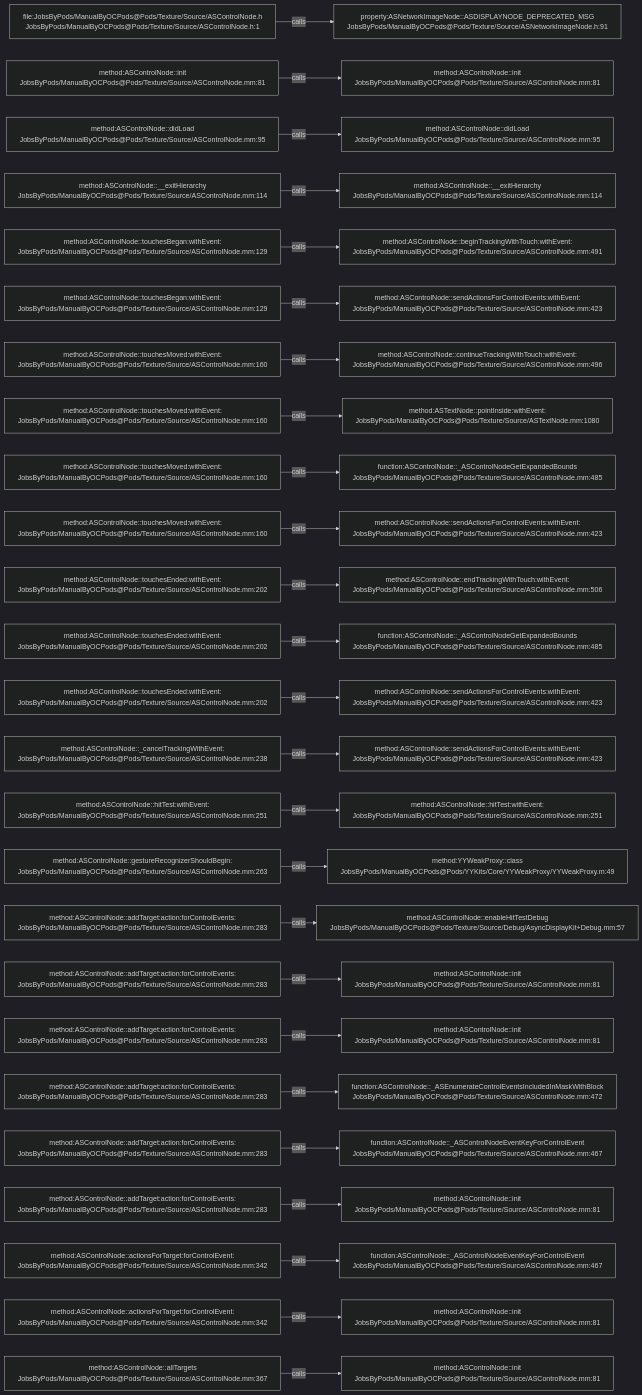
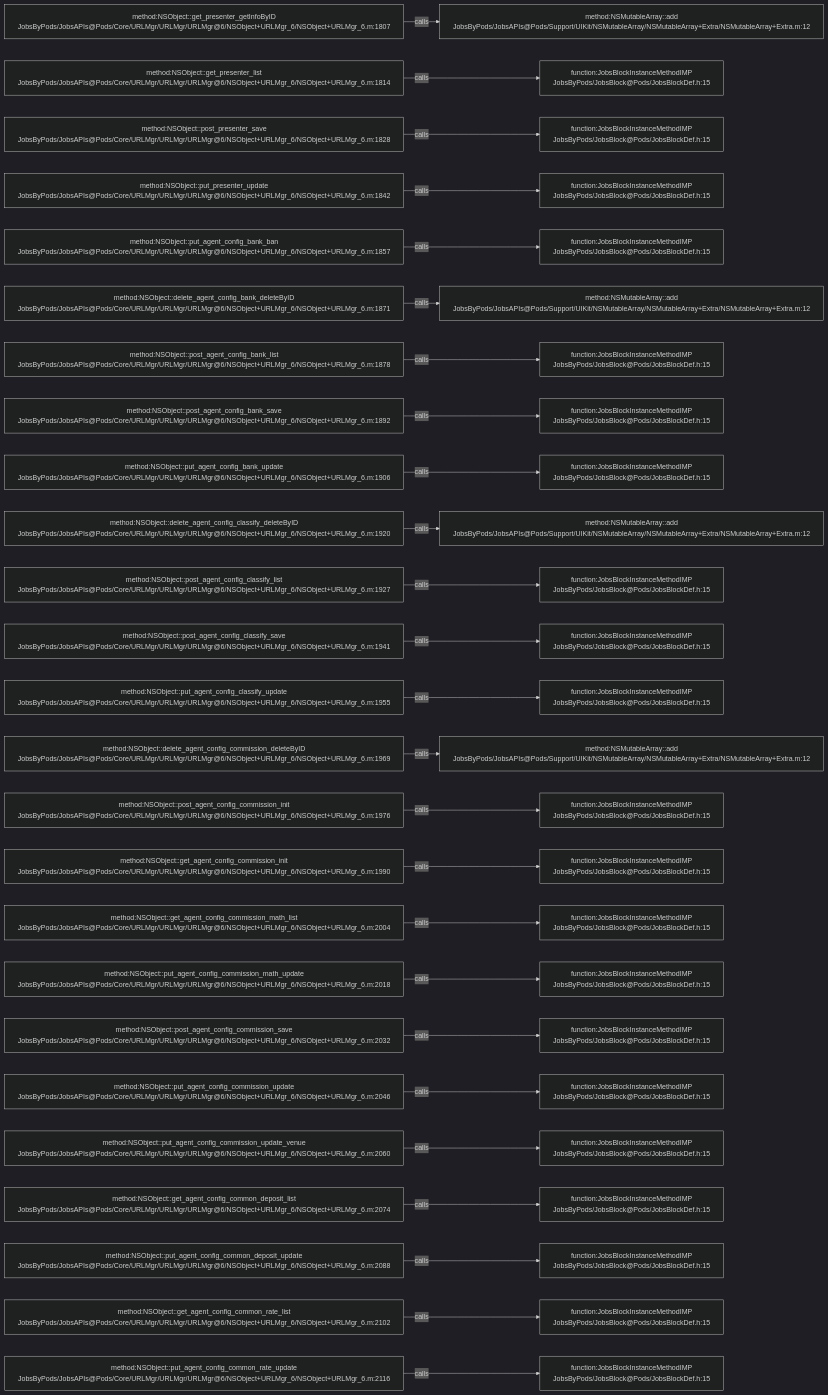
Before and after one commit to JobsKits/JobsOCBaseConfigDemo: the diagram in .codegraph/codegraph.md/graphs/calls-072.md, drawn with Mermaid (dark theme). The commit also changed 768 other files, not shown here.

````diff
--- a/.codegraph/codegraph.md/graphs/calls-072.md
+++ b/.codegraph/codegraph.md/graphs/calls-072.md
@@ -13,78 +13,78 @@
 ```mermaid
 flowchart LR
-  S1["file:JobsByPods/ManualByOCPods@Pods/Texture/Source/ASControlNode.h<br/>JobsByPods/ManualByOCPods@Pods/Texture/Source/ASControlNode.h:1"]
-  T1["property:ASNetworkImageNode::ASDISPLAYNODE_DEPRECATED_MSG<br/>JobsByPods/ManualByOCPods@Pods/Texture/Source/ASNetworkImageNode.h:91"]
+  S1["method:NSObject::get_presenter_getInfoByID<br/>JobsByPods/JobsAPIs@Pods/Core/URLMgr/URLMgr/URLMgr@6/NSObject+URLMgr_6/NSObject+URLMgr_6.m:1807"]
+  T1["method:NSMutableArray::add<br/>JobsByPods/JobsAPIs@Pods/Support/UIKit/NSMutableArray/NSMutableArray+Extra/NSMutableArray+Extra.m:12"]
   S1 -->|calls| T1
-  S2["method:ASControlNode::init<br/>JobsByPods/ManualByOCPods@Pods/Texture/Source/ASControlNode.mm:81"]
-  T2["method:ASControlNode::init<br/>JobsByPods/ManualByOCPods@Pods/Texture/Source/ASControlNode.mm:81"]
+  S2["method:NSObject::get_presenter_list<br/>JobsByPods/JobsAPIs@Pods/Core/URLMgr/URLMgr/URLMgr@6/NSObject+URLMgr_6/NSObject+URLMgr_6.m:1814"]
+  T2["function:JobsBlockInstanceMethodIMP<br/>JobsByPods/JobsBlock@Pods/JobsBlockDef.h:15"]
   S2 -->|calls| T2
-  S3["method:ASControlNode::didLoad<br/>JobsByPods/ManualByOCPods@Pods/Texture/Source/ASControlNode.mm:95"]
-  T3["method:ASControlNode::didLoad<br/>JobsByPods/ManualByOCPods@Pods/Texture/Source/ASControlNode.mm:95"]
+  S3["method:NSObject::post_presenter_save<br/>JobsByPods/JobsAPIs@Pods/Core/URLMgr/URLMgr/URLMgr@6/NSObject+URLMgr_6/NSObject+URLMgr_6.m:1828"]
+  T3["function:JobsBlockInstanceMethodIMP<br/>JobsByPods/JobsBlock@Pods/JobsBlockDef.h:15"]
   S3 -->|calls| T3
-  S4["method:ASControlNode::__exitHierarchy<br/>JobsByPods/ManualByOCPods@Pods/Texture/Source/ASControlNode.mm:114"]
-  T4["method:ASControlNode::__exitHierarchy<br/>JobsByPods/ManualByOCPods@Pods/Texture/Source/ASControlNode.mm:114"]
+  S4["method:NSObject::put_presenter_update<br/>JobsByPods/JobsAPIs@Pods/Core/URLMgr/URLMgr/URLMgr@6/NSObject+URLMgr_6/NSObject+URLMgr_6.m:1842"]
+  T4["function:JobsBlockInstanceMethodIMP<br/>JobsByPods/JobsBlock@Pods/JobsBlockDef.h:15"]
   S4 -->|calls| T4
-  S5["method:ASControlNode::touchesBegan:withEvent:<br/>JobsByPods/ManualByOCPods@Pods/Texture/Source/ASControlNode.mm:129"]
-  T5["method:ASControlNode::beginTrackingWithTouch:withEvent:<br/>JobsByPods/ManualByOCPods@Pods/Texture/Source/ASControlNode.mm:491"]
+  S5["method:NSObject::put_agent_config_bank_ban<br/>JobsByPods/JobsAPIs@Pods/Core/URLMgr/URLMgr/URLMgr@6/NSObject+URLMgr_6/NSObject+URLMgr_6.m:1857"]
+  T5["function:JobsBlockInstanceMethodIMP<br/>JobsByPods/JobsBlock@Pods/JobsBlockDef.h:15"]
   S5 -->|calls| T5
-  S6["method:ASControlNode::touchesBegan:withEvent:<br/>JobsByPods/ManualByOCPods@Pods/Texture/Source/ASControlNode.mm:129"]
-  T6["method:ASControlNode::sendActionsForControlEvents:withEvent:<br/>JobsByPods/ManualByOCPods@Pods/Texture/Source/ASControlNode.mm:423"]
+  S6["method:NSObject::delete_agent_config_bank_deleteByID<br/>JobsByPods/JobsAPIs@Pods/Core/URLMgr/URLMgr/URLMgr@6/NSObject+URLMgr_6/NSObject+URLMgr_6.m:1871"]
+  T6["method:NSMutableArray::add<br/>JobsByPods/JobsAPIs@Pods/Support/UIKit/NSMutableArray/NSMutableArray+Extra/NSMutableArray+Extra.m:12"]
   S6 -->|calls| T6
-  S7["method:ASControlNode::touchesMoved:withEvent:<br/>JobsByPods/ManualByOCPods@Pods/Texture/Source/ASControlNode.mm:160"]
-  T7["method:ASControlNode::continueTrackingWithTouch:withEvent:<br/>JobsByPods/ManualByOCPods@Pods/Texture/Source/ASControlNode.mm:496"]
+  S7["method:NSObject::post_agent_config_bank_list<br/>JobsByPods/JobsAPIs@Pods/Core/URLMgr/URLMgr/URLMgr@6/NSObject+URLMgr_6/NSObject+URLMgr_6.m:1878"]
+  T7["function:JobsBlockInstanceMethodIMP<br/>JobsByPods/JobsBlock@Pods/JobsBlockDef.h:15"]
   S7 -->|calls| T7
-  S8["method:ASControlNode::touchesMoved:withEvent:<br/>JobsByPods/ManualByOCPods@Pods/Texture/Source/ASControlNode.mm:160"]
-  T8["method:ASTextNode::pointInside:withEvent:<br/>JobsByPods/ManualByOCPods@Pods/Texture/Source/ASTextNode.mm:1080"]
+  S8["method:NSObject::post_agent_config_bank_save<br/>JobsByPods/JobsAPIs@Pods/Core/URLMgr/URLMgr/URLMgr@6/NSObject+URLMgr_6/NSObject+URLMgr_6.m:1892"]
+  T8["function:JobsBlockInstanceMethodIMP<br/>JobsByPods/JobsBlock@Pods/JobsBlockDef.h:15"]
   S8 -->|calls| T8
-  S9["method:ASControlNode::touchesMoved:withEvent:<br/>JobsByPods/ManualByOCPods@Pods/Texture/Source/ASControlNode.mm:160"]
-  T9["function:ASControlNode::_ASControlNodeGetExpandedBounds<br/>JobsByPods/ManualByOCPods@Pods/Texture/Source/ASControlNode.mm:485"]
+  S9["method:NSObject::put_agent_config_bank_update<br/>JobsByPods/JobsAPIs@Pods/Core/URLMgr/URLMgr/URLMgr@6/NSObject+URLMgr_6/NSObject+URLMgr_6.m:1906"]
+  T9["function:JobsBlockInstanceMethodIMP<br/>JobsByPods/JobsBlock@Pods/JobsBlockDef.h:15"]
   S9 -->|calls| T9
-  S10["method:ASControlNode::touchesMoved:withEvent:<br/>JobsByPods/ManualByOCPods@Pods/Texture/Source/ASControlNode.mm:160"]
-  T10["method:ASControlNode::sendActionsForControlEvents:withEvent:<br/>JobsByPods/ManualByOCPods@Pods/Texture/Source/ASControlNode.mm:423"]
+  S10["method:NSObject::delete_agent_config_classify_deleteByID<br/>JobsByPods/JobsAPIs@Pods/Core/URLMgr/URLMgr/URLMgr@6/NSObject+URLMgr_6/NSObject+URLMgr_6.m:1920"]
+  T10["method:NSMutableArray::add<br/>JobsByPods/JobsAPIs@Pods/Support/UIKit/NSMutableArray/NSMutableArray+Extra/NSMutableArray+Extra.m:12"]
   S10 -->|calls| T10
-  S11["method:ASControlNode::touchesEnded:withEvent:<br/>JobsByPods/ManualByOCPods@Pods/Texture/Source/ASControlNode.mm:202"]
-  T11["method:ASControlNode::endTrackingWithTouch:withEvent:<br/>JobsByPods/ManualByOCPods@Pods/Texture/Source/ASControlNode.mm:506"]
+  S11["method:NSObject::post_agent_config_classify_list<br/>JobsByPods/JobsAPIs@Pods/Core/URLMgr/URLMgr/URLMgr@6/NSObject+URLMgr_6/NSObject+URLMgr_6.m:1927"]
+  T11["function:JobsBlockInstanceMethodIMP<br/>JobsByPods/JobsBlock@Pods/JobsBlockDef.h:15"]
   S11 -->|calls| T11
-  S12["method:ASControlNode::touchesEnded:withEvent:<br/>JobsByPods/ManualByOCPods@Pods/Texture/Source/ASControlNode.mm:202"]
-  T12["function:ASControlNode::_ASControlNodeGetExpandedBounds<br/>JobsByPods/ManualByOCPods@Pods/Texture/Source/ASControlNode.mm:485"]
+  S12["method:NSObject::post_agent_config_classify_save<br/>JobsByPods/JobsAPIs@Pods/Core/URLMgr/URLMgr/URLMgr@6/NSObject+URLMgr_6/NSObject+URLMgr_6.m:1941"]
+  T12["function:JobsBlockInstanceMethodIMP<br/>JobsByPods/JobsBlock@Pods/JobsBlockDef.h:15"]
   S12 -->|calls| T12
-  S13["method:ASControlNode::touchesEnded:withEvent:<br/>JobsByPods/ManualByOCPods@Pods/Texture/Source/ASControlNode.mm:202"]
-  T13["method:ASControlNode::sendActionsForControlEvents:withEvent:<br/>JobsByPods/ManualByOCPods@Pods/Texture/Source/ASControlNode.mm:423"]
+  S13["method:NSObject::put_agent_config_classify_update<br/>JobsByPods/JobsAPIs@Pods/Core/URLMgr/URLMgr/URLMgr@6/NSObject+URLMgr_6/NSObject+URLMgr_6.m:1955"]
+  T13["function:JobsBlockInstanceMethodIMP<br/>JobsByPods/JobsBlock@Pods/JobsBlockDef.h:15"]
   S13 -->|calls| T13
-  S14["method:ASControlNode::_cancelTrackingWithEvent:<br/>JobsByPods/ManualByOCPods@Pods/Texture/Source/ASControlNode.mm:238"]
-  T14["method:ASControlNode::sendActionsForControlEvents:withEvent:<br/>JobsByPods/ManualByOCPods@Pods/Texture/Source/ASControlNode.mm:423"]
+  S14["method:NSObject::delete_agent_config_commission_deleteByID<br/>JobsByPods/JobsAPIs@Pods/Core/URLMgr/URLMgr/URLMgr@6/NSObject+URLMgr_6/NSObject+URLMgr_6.m:1969"]
+  T14["method:NSMutableArray::add<br/>JobsByPods/JobsAPIs@Pods/Support/UIKit/NSMutableArray/NSMutableArray+Extra/NSMutableArray+Extra.m:12"]
   S14 -->|calls| T14
-  S15["method:ASControlNode::hitTest:withEvent:<br/>JobsByPods/ManualByOCPods@Pods/Texture/Source/ASControlNode.mm:251"]
-  T15["method:ASControlNode::hitTest:withEvent:<br/>JobsByPods/ManualByOCPods@Pods/Texture/Source/ASControlNode.mm:251"]
+  S15["method:NSObject::post_agent_config_commission_init<br/>JobsByPods/JobsAPIs@Pods/Core/URLMgr/URLMgr/URLMgr@6/NSObject+URLMgr_6/NSObject+URLMgr_6.m:1976"]
+  T15["function:JobsBlockInstanceMethodIMP<br/>JobsByPods/JobsBlock@Pods/JobsBlockDef.h:15"]
   S15 -->|calls| T15
-  S16["method:ASControlNode::gestureRecognizerShouldBegin:<br/>JobsByPods/ManualByOCPods@Pods/Texture/Source/ASControlNode.mm:263"]
-  T16["method:YYWeakProxy::class<br/>JobsByPods/ManualByOCPods@Pods/YYKits/Core/YYWeakProxy/YYWeakProxy.m:49"]
+  S16["method:NSObject::get_agent_config_commission_init<br/>JobsByPods/JobsAPIs@Pods/Core/URLMgr/URLMgr/URLMgr@6/NSObject+URLMgr_6/NSObject+URLMgr_6.m:1990"]
+  T16["function:JobsBlockInstanceMethodIMP<br/>JobsByPods/JobsBlock@Pods/JobsBlockDef.h:15"]
   S16 -->|calls| T16
-  S17["method:ASControlNode::addTarget:action:forControlEvents:<br/>JobsByPods/ManualByOCPods@Pods/Texture/Source/ASControlNode.mm:283"]
-  T17["method:ASControlNode::enableHitTestDebug<br/>JobsByPods/ManualByOCPods@Pods/Texture/Source/Debug/AsyncDisplayKit+Debug.mm:57"]
+  S17["method:NSObject::get_agent_config_commission_math_list<br/>JobsByPods/JobsAPIs@Pods/Core/URLMgr/URLMgr/URLMgr@6/NSObject+URLMgr_6/NSObject+URLMgr_6.m:2004"]
+  T17["function:JobsBlockInstanceMethodIMP<br/>JobsByPods/JobsBlock@Pods/JobsBlockDef.h:15"]
   S17 -->|calls| T17
-  S18["method:ASControlNode::addTarget:action:forControlEvents:<br/>JobsByPods/ManualByOCPods@Pods/Texture/Source/ASControlNode.mm:283"]
-  T18["method:ASControlNode::init<br/>JobsByPods/ManualByOCPods@Pods/Texture/Source/ASControlNode.mm:81"]
+  S18["method:NSObject::put_agent_config_commission_math_update<br/>JobsByPods/JobsAPIs@Pods/Core/URLMgr/URLMgr/URLMgr@6/NSObject+URLMgr_6/NSObject+URLMgr_6.m:2018"]
+  T18["function:JobsBlockInstanceMethodIMP<br/>JobsByPods/JobsBlock@Pods/JobsBlockDef.h:15"]
   S18 -->|calls| T18
-  S19["method:ASControlNode::addTarget:action:forControlEvents:<br/>JobsByPods/ManualByOCPods@Pods/Texture/Source/ASControlNode.mm:283"]
-  T19["method:ASControlNode::init<br/>JobsByPods/ManualByOCPods@Pods/Texture/Source/ASControlNode.mm:81"]
+  S19["method:NSObject::post_agent_config_commission_save<br/>JobsByPods/JobsAPIs@Pods/Core/URLMgr/URLMgr/URLMgr@6/NSObject+URLMgr_6/NSObject+URLMgr_6.m:2032"]
+  T19["function:JobsBlockInstanceMethodIMP<br/>JobsByPods/JobsBlock@Pods/JobsBlockDef.h:15"]
   S19 -->|calls| T19
-  S20["method:ASControlNode::addTarget:action:forControlEvents:<br/>JobsByPods/ManualByOCPods@Pods/Texture/Source/ASControlNode.mm:283"]
-  T20["function:ASControlNode::_ASEnumerateControlEventsIncludedInMaskWithBlock<br/>JobsByPods/ManualByOCPods@Pods/Texture/Source/ASControlNode.mm:472"]
+  S20["method:NSObject::put_agent_config_commission_update<br/>JobsByPods/JobsAPIs@Pods/Core/URLMgr/URLMgr/URLMgr@6/NSObject+URLMgr_6/NSObject+URLMgr_6.m:2046"]
+  T20["function:JobsBlockInstanceMethodIMP<br/>JobsByPods/JobsBlock@Pods/JobsBlockDef.h:15"]
   S20 -->|calls| T20
-  S21["method:ASControlNode::addTarget:action:forControlEvents:<br/>JobsByPods/ManualByOCPods@Pods/Texture/Source/ASControlNode.mm:283"]
-  T21["function:ASControlNode::_ASControlNodeEventKeyForControlEvent<br/>JobsByPods/ManualByOCPods@Pods/Texture/Source/ASControlNode.mm:467"]
+  S21["method:NSObject::put_agent_config_commission_update_venue<br/>JobsByPods/JobsAPIs@Pods/Core/URLMgr/URLMgr/URLMgr@6/NSObject+URLMgr_6/NSObject+URLMgr_6.m:2060"]
+  T21["function:JobsBlockInstanceMethodIMP<br/>JobsByPods/JobsBlock@Pods/JobsBlockDef.h:15"]
   S21 -->|calls| T21
-  S22["method:ASControlNode::addTarget:action:forControlEvents:<br/>JobsByPods/ManualByOCPods@Pods/Texture/Source/ASControlNode.mm:283"]
-  T22["method:ASControlNode::init<br/>JobsByPods/ManualByOCPods@Pods/Texture/Source/ASControlNode.mm:81"]
+  S22["method:NSObject::get_agent_config_common_deposit_list<br/>JobsByPods/JobsAPIs@Pods/Core/URLMgr/URLMgr/URLMgr@6/NSObject+URLMgr_6/NSObject+URLMgr_6.m:2074"]
+  T22["function:JobsBlockInstanceMethodIMP<br/>JobsByPods/JobsBlock@Pods/JobsBlockDef.h:15"]
   S22 -->|calls| T22
-  S23["method:ASControlNode::actionsForTarget:forControlEvent:<br/>JobsByPods/ManualByOCPods@Pods/Texture/Source/ASControlNode.mm:342"]
-  T23["function:ASControlNode::_ASControlNodeEventKeyForControlEvent<br/>JobsByPods/ManualByOCPods@Pods/Texture/Source/ASControlNode.mm:467"]
+  S23["method:NSObject::put_agent_config_common_deposit_update<br/>JobsByPods/JobsAPIs@Pods/Core/URLMgr/URLMgr/URLMgr@6/NSObject+URLMgr_6/NSObject+URLMgr_6.m:2088"]
+  T23["function:JobsBlockInstanceMethodIMP<br/>JobsByPods/JobsBlock@Pods/JobsBlockDef.h:15"]
   S23 -->|calls| T23
-  S24["method:ASControlNode::actionsForTarget:forControlEvent:<br/>JobsByPods/ManualByOCPods@Pods/Texture/Source/ASControlNode.mm:342"]
-  T24["method:ASControlNode::init<br/>JobsByPods/ManualByOCPods@Pods/Texture/Source/ASControlNode.mm:81"]
+  S24["method:NSObject::get_agent_config_common_rate_list<br/>JobsByPods/JobsAPIs@Pods/Core/URLMgr/URLMgr/URLMgr@6/NSObject+URLMgr_6/NSObject+URLMgr_6.m:2102"]
+  T24["function:JobsBlockInstanceMethodIMP<br/>JobsByPods/JobsBlock@Pods/JobsBlockDef.h:15"]
   S24 -->|calls| T24
-  S25["method:ASControlNode::allTargets<br/>JobsByPods/ManualByOCPods@Pods/Texture/Source/ASControlNode.mm:367"]
-  T25["method:ASControlNode::init<br/>JobsByPods/ManualByOCPods@Pods/Texture/Source/ASControlNode.mm:81"]
+  S25["method:NSObject::put_agent_config_common_rate_update<br/>JobsByPods/JobsAPIs@Pods/Core/URLMgr/URLMgr/URLMgr@6/NSObject+URLMgr_6/NSObject+URLMgr_6.m:2116"]
+  T25["function:JobsBlockInstanceMethodIMP<br/>JobsByPods/JobsBlock@Pods/JobsBlockDef.h:15"]
   S25 -->|calls| T25
 ```
````
